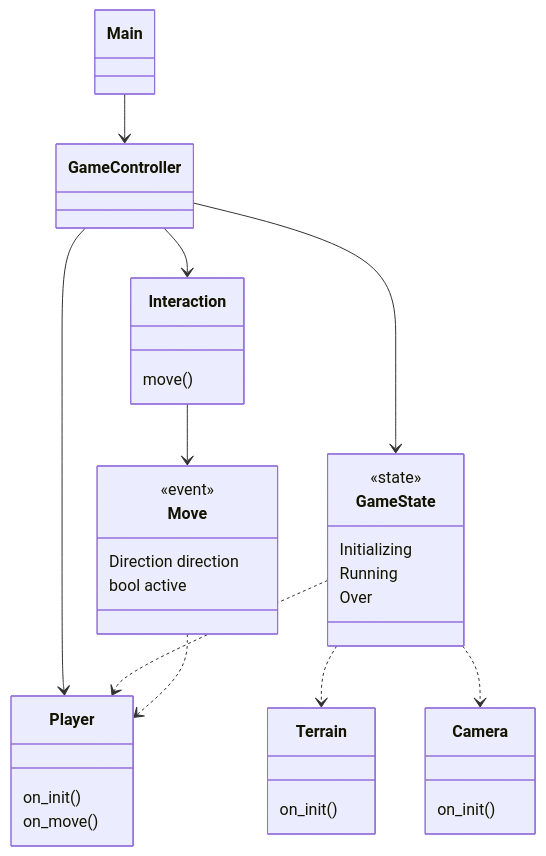
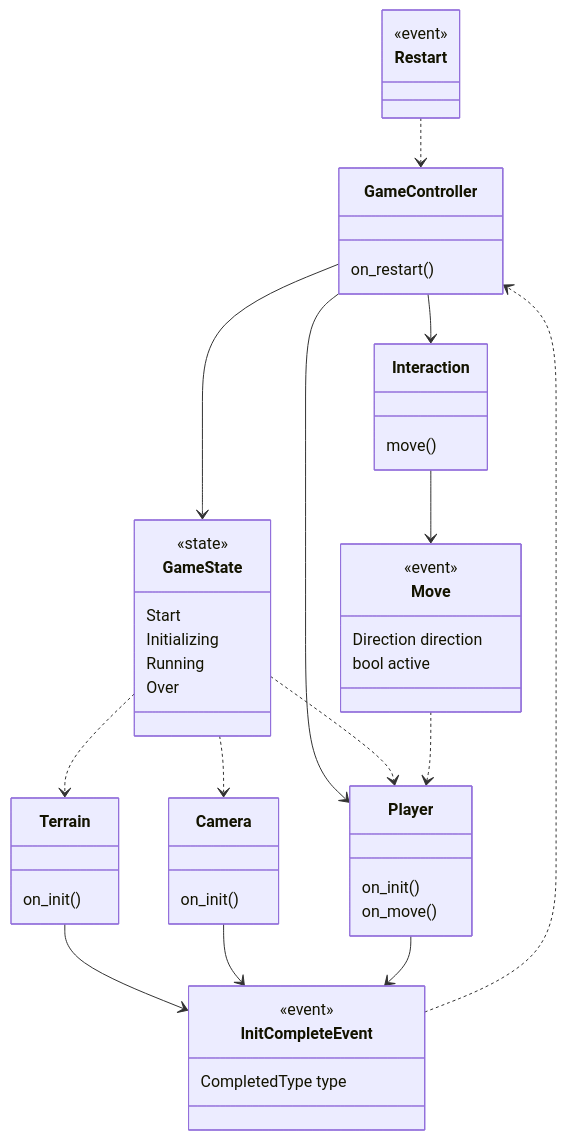
The diagram in docs/architecture.mmd (IhnoL/bevy_barcamp), drawn with Mermaid before and after one commit. The commit also changed 3 other files, not shown here.

Commit message:
adds test_architecture

```diff
--- a/docs/architecture.mmd
+++ b/docs/architecture.mmd
@@ -1,37 +1,50 @@
 %% Mermaid class diagram
 classDiagram
-    class Main
-    class GameController
+    class GameController{
+        on_restart()
+    }
     class Terrain {
         on_init()
     }
     class Camera {
         on_init()
     }
     class Player {
         on_init()
         on_move()
     }
     class Interaction {
         move()
     }
     class GameState {
         <<state>>
+        Start
         Initializing
         Running
         Over
     }
     class Move {
         <<event>>
         Direction direction
         bool active
     }
-    Main --> GameController
+    class InitCompleteEvent {
+        <<event>>
+        CompletedType type
+    }
+    class Restart {
+        <<event>>
+    }
     GameController --> Interaction
     GameController --> GameState
     GameController --> Player
     GameState ..> Terrain
     GameState ..> Camera
     GameState ..> Player
     Interaction --> Move
     Move ..> Player
+    Terrain --> InitCompleteEvent
+    Camera --> InitCompleteEvent
+    Player --> InitCompleteEvent
+    InitCompleteEvent ..> GameController
+    Restart ..> GameController
```
